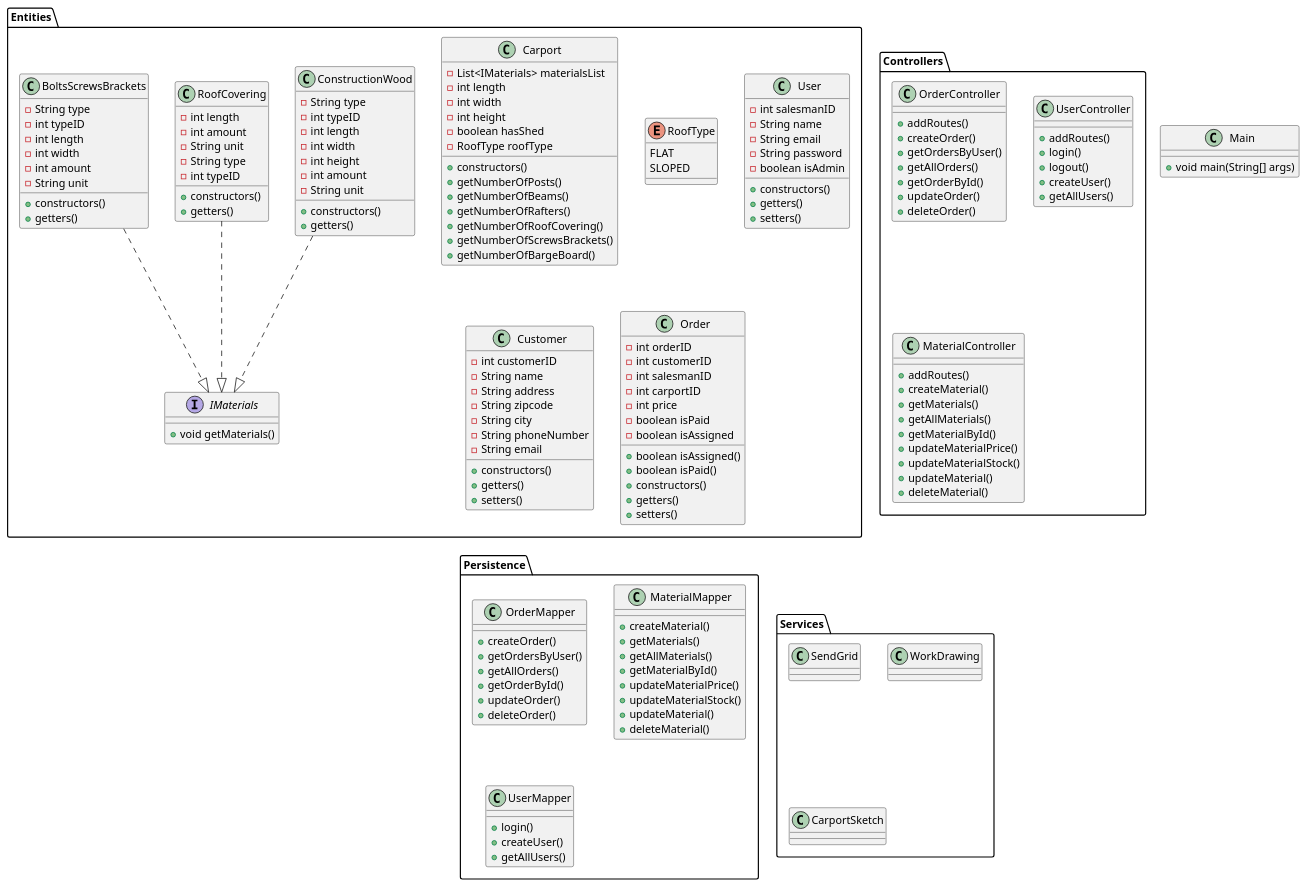
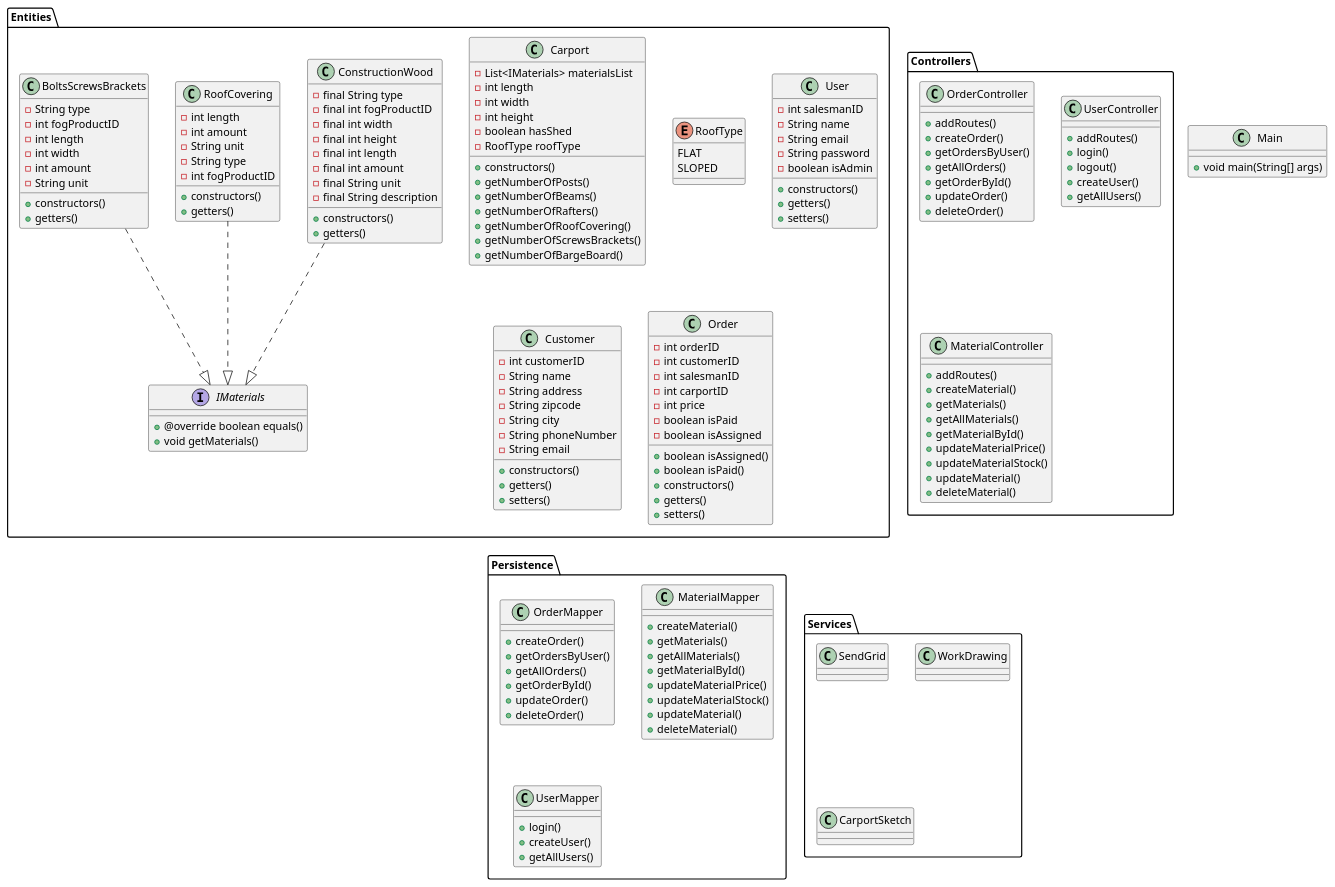
The diagram in docs/ClassDiagram.puml (AndyTheDragon/Fog-projektet), drawn with PlantUML before and after one commit.

Commit message:
Added few attributes and methods to diagram

```diff
--- a/docs/ClassDiagram.puml
+++ b/docs/ClassDiagram.puml
@@ -1,187 +1,190 @@
 @startuml
 'https://plantuml.com/class-diagram
 
 class Main
 {
     + void main(String[] args)
 }
 
 
 package "Entities" {
 interface IMaterials
 {
+
++ @override boolean equals()
 + void getMaterials()
 }
 
 class Carport
 {
 - List<IMaterials> materialsList
 -int length
 -int width
 -int height
 -boolean hasShed
 -RoofType roofType
 + constructors()
 + getNumberOfPosts()
 + getNumberOfBeams()
 + getNumberOfRafters()
 + getNumberOfRoofCovering()
 + getNumberOfScrewsBrackets()
 + getNumberOfBargeBoard()
 }
 enum RoofType
 {
     FLAT
     SLOPED
 }
 
 class User
 {
 - int salesmanID
 - String name
 - String email
 - String password
 - boolean isAdmin
 + constructors()
 + getters()
 + setters()
 }
 class Customer
 {
 - int customerID
 - String name
 - String address
 - String zipcode
 - String city
 - String phoneNumber
 - String email
 + constructors()
 + getters()
 + setters()
 
 
 }
 class Order
 {
 - int orderID
 - int customerID
 - int salesmanID
 - int carportID
 - int price
 - boolean isPaid
 - boolean isAssigned
 + boolean isAssigned()
 + boolean isPaid()
 + constructors()
 + getters()
 + setters()
 }
 class ConstructionWood
 {
-- String type
-- int typeID
-- int length
-- int width
-- int height
-- int amount
-- String unit
+- final String type
+- final int fogProductID
+- final int width
+- final int height
+- final int length
+- final int amount
+- final String unit
+- final String description
 + constructors()
 + getters()
 }
 class RoofCovering
 {
 - int length
 - int amount
 - String unit
 - String type
-- int typeID
+- int fogProductID
 + constructors()
 + getters()
 }
 class BoltsScrewsBrackets
 {
 - String type
-- int typeID
+- int fogProductID
 - int length
 - int width
 - int amount
 - String unit
 + constructors()
 + getters()
 
 
 }
 }
 package "Controllers" {
     class OrderController
     {
     + addRoutes()
     + createOrder()
     + getOrdersByUser()
     + getAllOrders()
     + getOrderById()
     + updateOrder()
     + deleteOrder()
     }
     class UserController
     {
     + addRoutes()
     + login()
     + logout()
     + createUser()
     + getAllUsers()
     }
     class MaterialController
     {
     + addRoutes()
     + createMaterial()
     + getMaterials()
     + getAllMaterials()
     + getMaterialById()
     + updateMaterialPrice()
     + updateMaterialStock()
     + updateMaterial()
     + deleteMaterial()
    }
 }
 package "Persistence" {
     class OrderMapper
     {
         + createOrder()
         + getOrdersByUser()
         + getAllOrders()
         + getOrderById()
         + updateOrder()
         + deleteOrder()
     }
     class MaterialMapper
     {
         + createMaterial()
         + getMaterials()
         + getAllMaterials()
         + getMaterialById()
         + updateMaterialPrice()
         + updateMaterialStock()
         + updateMaterial()
         + deleteMaterial()
     }
     class UserMapper
     {
         + login()
         + createUser()
         + getAllUsers()
     }
     }
 
 package "Services" {
 class SendGrid{}
 class WorkDrawing{}
 class CarportSketch{}
 }
 
 ConstructionWood ..|> IMaterials
 RoofCovering ..|> IMaterials
 BoltsScrewsBrackets ..|> IMaterials
 
 
 @enduml
```
